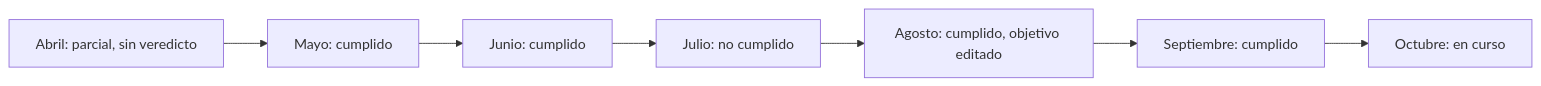
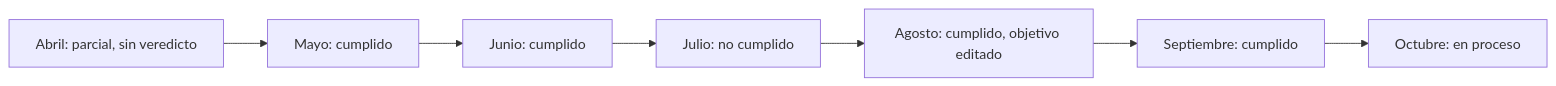
One commit to whisper-money/whisper-money changed the second of 2 diagrams in resources/docs/documentation/40-analysis/30-savings-goals-es.md. Above: the diagram before and after it, drawn with Mermaid. The commit also changed other lines of this file and 7 other files, not shown here.

````diff
--- a/resources/docs/documentation/40-analysis/30-savings-goals-es.md
+++ b/resources/docs/documentation/40-analysis/30-savings-goals-es.md
@@ -214,10 +214,10 @@
 ```mermaid
 flowchart LR
     %% diagram: monthly-savings-goal-history-es
     apr[Abril: parcial, sin veredicto] --> may[Mayo: cumplido]
     may --> jun[Junio: cumplido]
     jun --> jul[Julio: no cumplido]
     jul --> aug[Agosto: cumplido, objetivo editado]
     aug --> sep[Septiembre: cumplido]
-    sep --> oct[Octubre: en curso]
+    sep --> oct[Octubre: en proceso]
 ```
````
